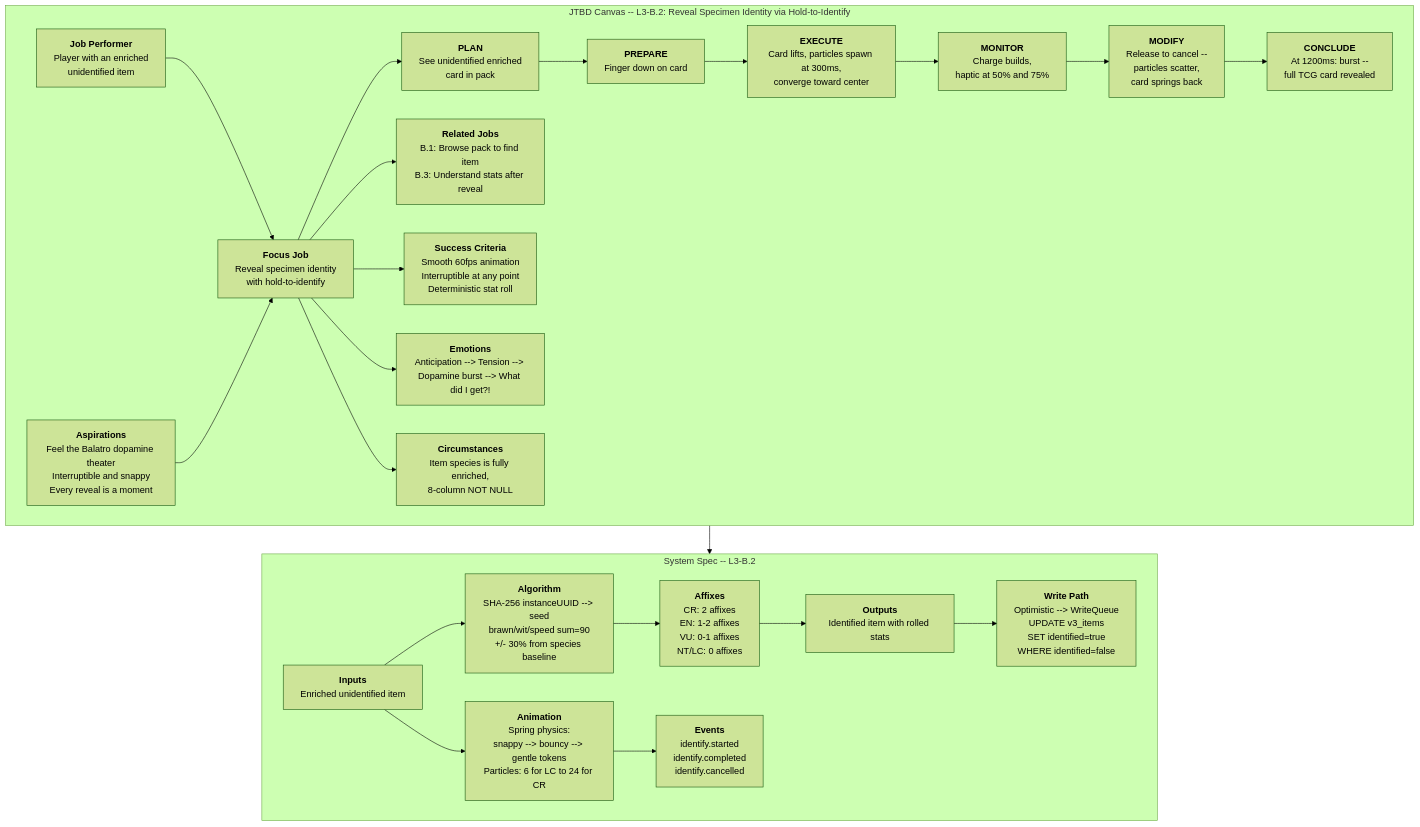
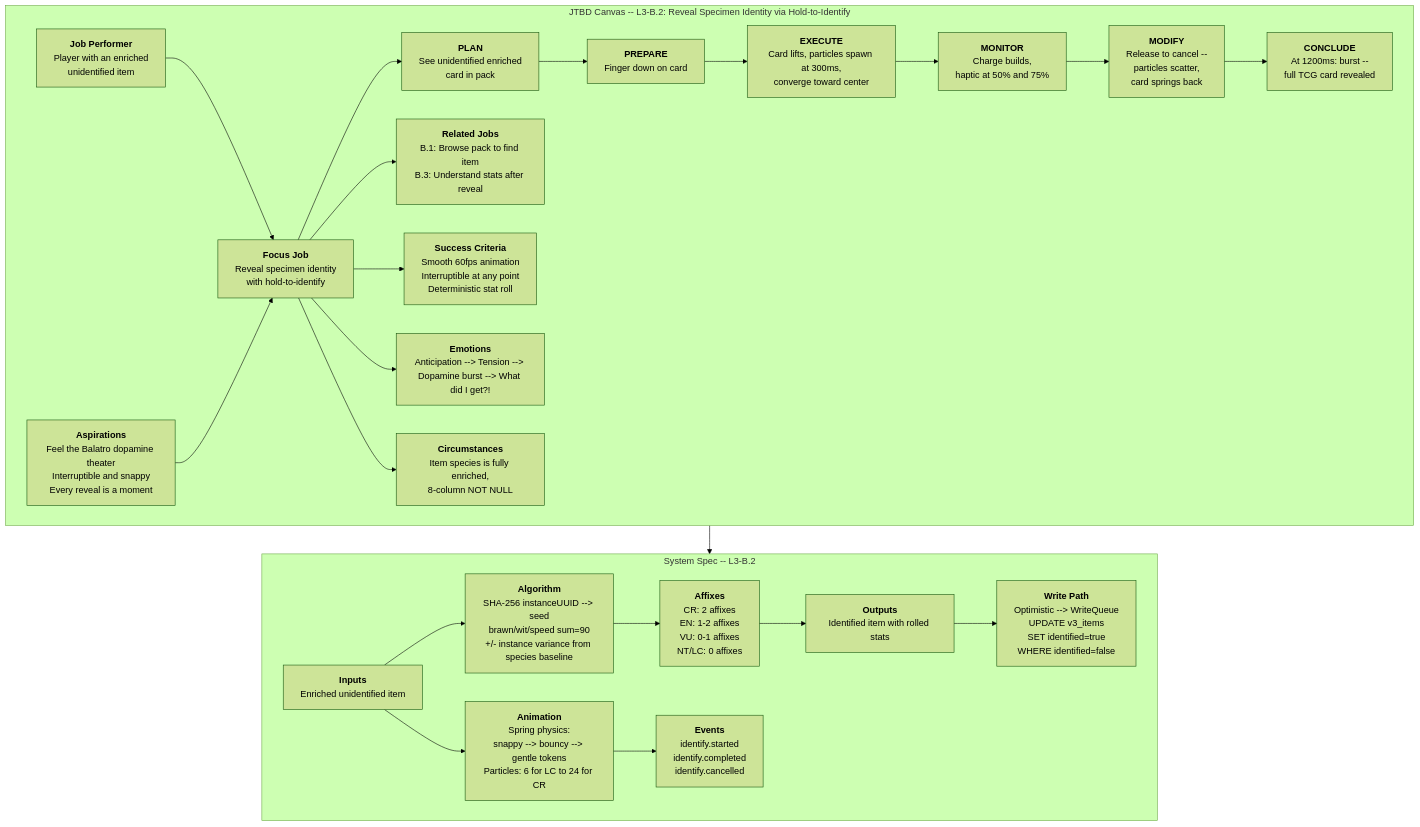
Before and after one commit to JMLegere/geo-app: the diagram in docs/diagrams/problem/b2-hold-to-identify.mmd, drawn with Mermaid (forest theme). The commit also changed 27 other files, not shown here.

```diff
--- a/docs/diagrams/problem/b2-hold-to-identify.mmd
+++ b/docs/diagrams/problem/b2-hold-to-identify.mmd
@@ -1,44 +1,44 @@
 flowchart TD
     subgraph JTBD["JTBD Canvas -- L3-B.2: Reveal Specimen Identity via Hold-to-Identify"]
         JP["<b>Job Performer</b><br/>Player with an enriched<br/>unidentified item"]
         ASP["<b>Aspirations</b><br/>Feel the Balatro dopamine theater<br/>Interruptible and snappy<br/>Every reveal is a moment"]
         FJ["<b>Focus Job</b><br/>Reveal specimen identity<br/>with hold-to-identify"]
         RJ["<b>Related Jobs</b><br/>B.1: Browse pack to find item<br/>B.3: Understand stats after reveal"]
         PLAN["<b>PLAN</b><br/>See unidentified enriched<br/>card in pack"]
         PREPARE["<b>PREPARE</b><br/>Finger down on card"]
         EXECUTE["<b>EXECUTE</b><br/>Card lifts, particles spawn at 300ms,<br/>converge toward center"]
         MONITOR["<b>MONITOR</b><br/>Charge builds,<br/>haptic at 50% and 75%"]
         MODIFY["<b>MODIFY</b><br/>Release to cancel --<br/>particles scatter,<br/>card springs back"]
         CONCLUDE["<b>CONCLUDE</b><br/>At 1200ms: burst --<br/>full TCG card revealed"]
         SC["<b>Success Criteria</b><br/>Smooth 60fps animation<br/>Interruptible at any point<br/>Deterministic stat roll"]
         EM["<b>Emotions</b><br/>Anticipation --> Tension --> Dopamine burst --> What did I get?!"]
         CIRC["<b>Circumstances</b><br/>Item species is fully enriched,<br/>8-column NOT NULL"]
 
         JP --> FJ
         ASP --> FJ
         FJ --> PLAN
         PLAN --> PREPARE --> EXECUTE --> MONITOR --> MODIFY --> CONCLUDE
         FJ --> RJ
         FJ --> SC
         FJ --> EM
         FJ --> CIRC
     end
 
     subgraph SystemSpec["System Spec -- L3-B.2"]
         IN["<b>Inputs</b><br/>Enriched unidentified item"]
         OUT["<b>Outputs</b><br/>Identified item with rolled stats"]
-        ALG["<b>Algorithm</b><br/>SHA-256 instanceUUID --> seed<br/>brawn/wit/speed sum=90<br/>+/- 30% from species baseline"]
+        ALG["<b>Algorithm</b><br/>SHA-256 instanceUUID --> seed<br/>brawn/wit/speed sum=90<br/>+/- instance variance from species baseline"]
         AFF["<b>Affixes</b><br/>CR: 2 affixes<br/>EN: 1-2 affixes<br/>VU: 0-1 affixes<br/>NT/LC: 0 affixes"]
         WR["<b>Write Path</b><br/>Optimistic --> WriteQueue<br/>UPDATE v3_items<br/>SET identified=true<br/>WHERE identified=false"]
         ANIM["<b>Animation</b><br/>Spring physics:<br/>snappy --> bouncy --> gentle tokens<br/>Particles: 6 for LC to 24 for CR"]
         EV["<b>Events</b><br/>identify.started<br/>identify.completed<br/>identify.cancelled"]
 
         IN --> ALG
         ALG --> AFF
         AFF --> OUT
         OUT --> WR
         IN --> ANIM
         ANIM --> EV
     end
 
     JTBD --> SystemSpec
```
